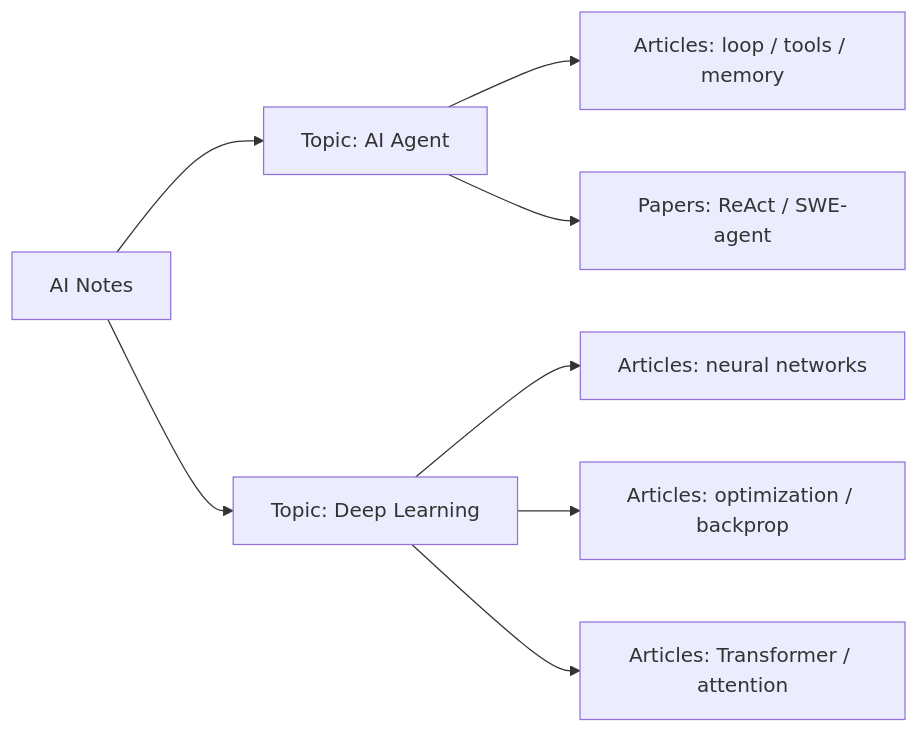
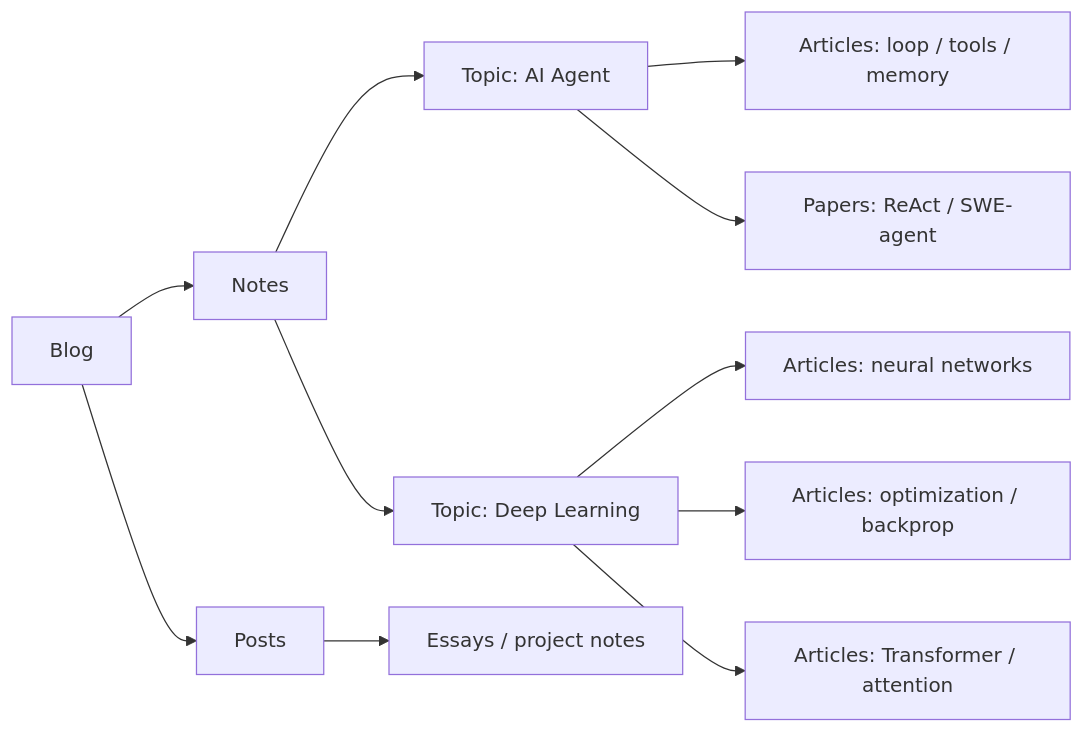
Before and after one commit to ImWenyaoT/website: the diagram in docs/index.md, drawn with Mermaid. The commit also changed other lines of this file and 2 other files, not shown here.

Commit message:
Fix homepage title and mermaid rendering

````diff
--- a/docs/index.md
+++ b/docs/index.md
@@ -16,10 +16,13 @@
 ```mermaid
 flowchart LR
-  Notes["AI Notes"] --> Agent["Topic: AI Agent"]
+  Blog["Blog"] --> Notes["Notes"]
+  Blog --> Posts["Posts"]
+  Notes --> Agent["Topic: AI Agent"]
   Notes --> DL["Topic: Deep Learning"]
   Agent --> Runtime["Articles: loop / tools / memory"]
   Agent --> Papers["Papers: ReAct / SWE-agent"]
   DL --> NN["Articles: neural networks"]
   DL --> OPT["Articles: optimization / backprop"]
   DL --> TFM["Articles: Transformer / attention"]
+  Posts --> Essays["Essays / project notes"]
 ```
````
